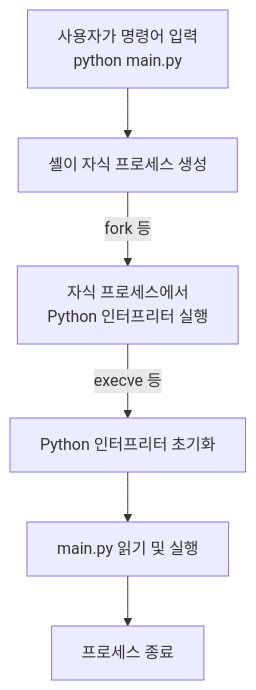
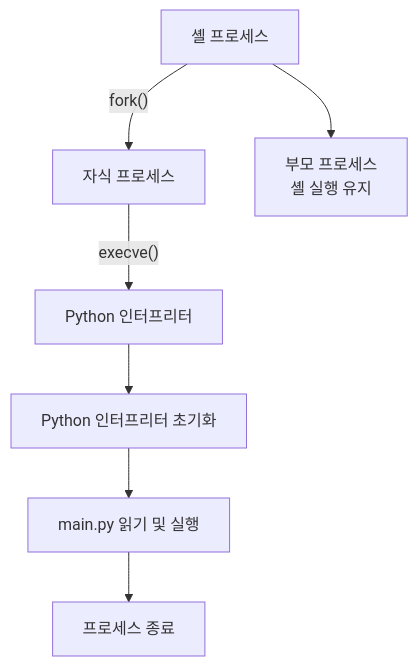
Before and after one commit to Rigel0718/Astro: the diagram in src/content/posts/python/understanding-operating-systems-with-python/01-프로그램은-어떻게-프로세스가-되는가.md, drawn with Mermaid. The commit also changed other lines of this file and 8 other files, not shown here.

````diff
--- a/src/content/posts/python/understanding-operating-systems-with-python/01-프로그램은-어떻게-프로세스가-되는가.md
+++ b/src/content/posts/python/understanding-operating-systems-with-python/01-프로그램은-어떻게-프로세스가-되는가.md
@@ -158,15 +169,9 @@
 ```mermaid
 flowchart TD
-    A["사용자가 명령어 입력<br/>python main.py"]
-    B["셸이 자식 프로세스 생성"]
-    C["자식 프로세스에서<br/>Python 인터프리터 실행"]
-    D["Python 인터프리터 초기화"]
-    E["main.py 읽기 및 실행"]
-    F["프로세스 종료"]
-
-    A --> B
-    B -->|"fork 등"| C
-    C -->|"execve 등"| D
-    D --> E
-    E --> F
+    A["셸 프로세스"] -->|"fork()"| B["자식 프로세스"]
+    A --> C["부모 프로세스<br/>셸 실행 유지"]
+    B -->|"execve()"| D["Python 인터프리터"]
+    D --> E["Python 인터프리터 초기화"]
+    E --> F["main.py 읽기 및 실행"]
+    F --> G["프로세스 종료"]
 ```
````
